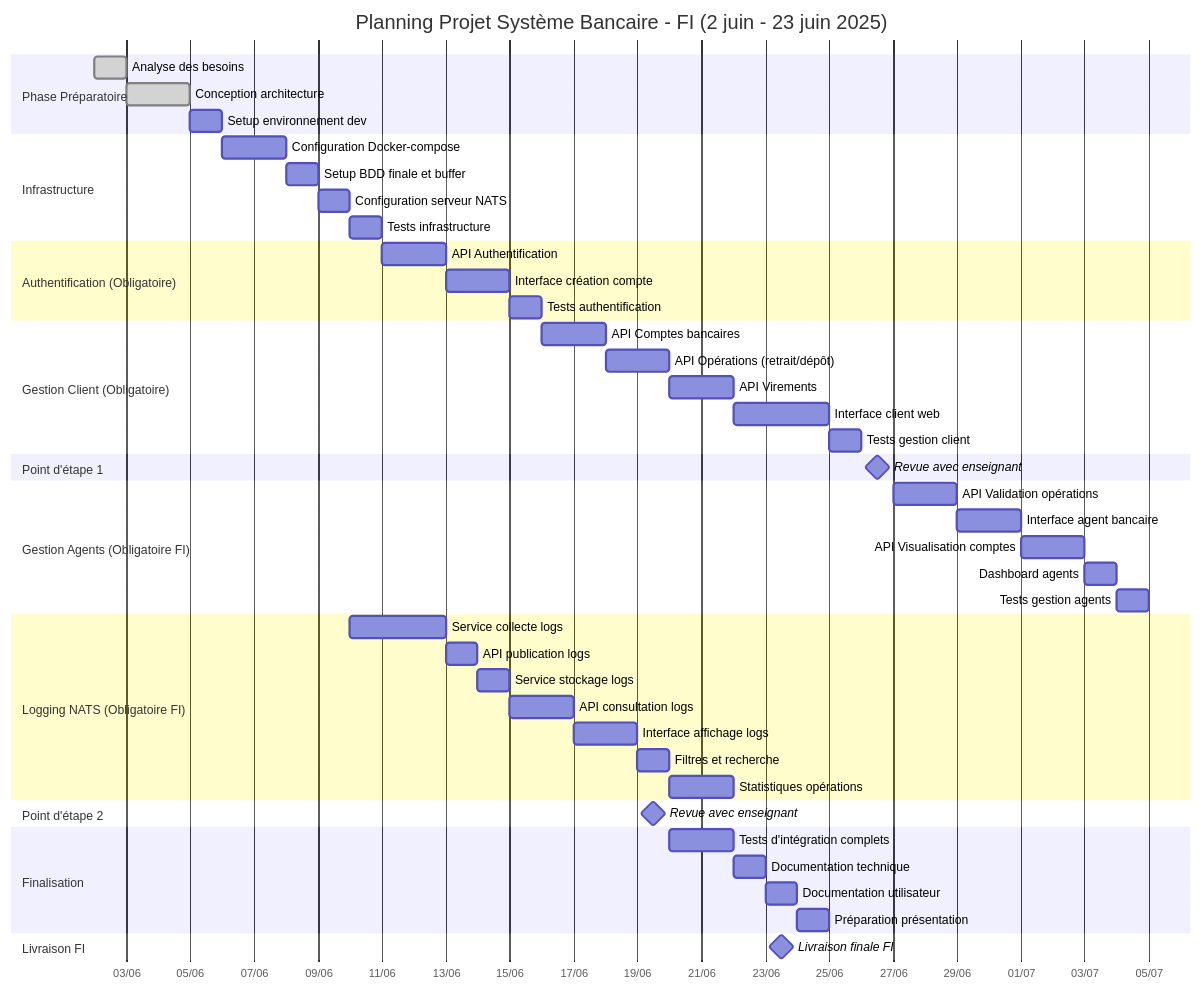
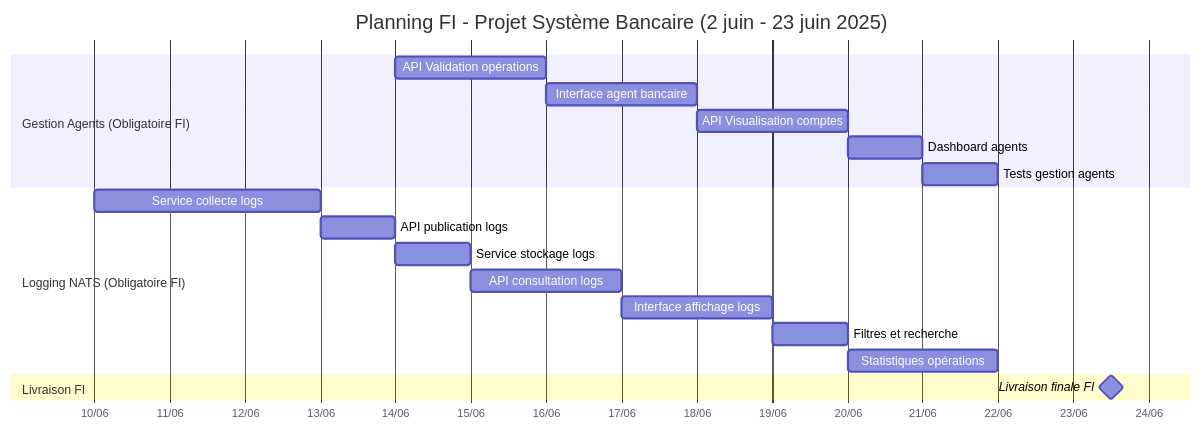
Before and after one commit to LOIC-only-one/sae_bank_leading: the diagram in README.md, drawn with Mermaid.

````diff
--- a/README.md
+++ b/README.md
@@ -1,60 +1,25 @@
 ```mermaid
 gantt
-    title Planning Projet Système Bancaire - FI (2 juin - 23 juin 2025)
+    title Planning FI - Projet Système Bancaire (2 juin - 23 juin 2025)
     dateFormat  YYYY-MM-DD
     axisFormat  %d/%m
-    
-    section Phase Préparatoire
-    Analyse des besoins           :done, analysis, 2025-06-02, 1d
-    Conception architecture       :done, arch, after analysis, 2d
-    Setup environnement dev       :setup, after arch, 1d
-    
-    section Infrastructure
-    Configuration Docker-compose  :docker, after setup, 2d
-    Setup BDD finale et buffer    :db, after docker, 1d
-    Configuration serveur NATS    :nats, after db, 1d
-    Tests infrastructure          :infra-test, after nats, 1d
-    
-    section Authentification (Obligatoire)
-    API Authentification          :auth-api, after infra-test, 2d
-    Interface création compte     :auth-ui, after auth-api, 2d
-    Tests authentification        :auth-test, after auth-ui, 1d
-    
-    section Gestion Client (Obligatoire)
-    API Comptes bancaires         :accounts-api, after auth-test, 2d
-    API Opérations (retrait/dépôt):ops-api, after accounts-api, 2d
-    API Virements                 :transfer-api, after ops-api, 2d
-    Interface client web          :client-ui, after transfer-api, 3d
-    Tests gestion client          :client-test, after client-ui, 1d
-    
-    section Point d'étape 1
-    Revue avec enseignant         :milestone, checkpoint1, after client-test, 1d
-    
+
     section Gestion Agents (Obligatoire FI)
-    API Validation opérations     :agent-api, after checkpoint1, 2d
+    API Validation opérations     :agent-api, 2025-06-14, 2d
     Interface agent bancaire      :agent-ui, after agent-api, 2d
     API Visualisation comptes     :view-api, after agent-ui, 2d
     Dashboard agents              :dashboard, after view-api, 1d
     Tests gestion agents          :agent-test, after dashboard, 1d
-    
+
     section Logging NATS (Obligatoire FI)
-    Service collecte logs         :log-collect, after nats, 3d
+    Service collecte logs         :log-collect, 2025-06-10, 3d
     API publication logs          :log-publish, after log-collect, 1d
     Service stockage logs         :log-storage, after log-publish, 1d
     API consultation logs         :log-api, after log-storage, 2d
     Interface affichage logs      :log-ui, after log-api, 2d
     Filtres et recherche          :log-filters, after log-ui, 1d
     Statistiques opérations       :log-stats, after log-filters, 2d
-    
-    section Point d'étape 2
-    Revue avec enseignant         :milestone, checkpoint2, 2025-06-19, 1d
-    
-    section Finalisation
-    Tests d'intégration complets  :integration, after checkpoint2, 2d
-    Documentation technique       :doc-tech, after integration, 1d
-    Documentation utilisateur     :doc-user, after doc-tech, 1d
-    Préparation présentation      :prep, after doc-user, 1d
-    
+
     section Livraison FI
     Livraison finale FI           :milestone, delivery-fi, 2025-06-23, 1d
 ```
````
